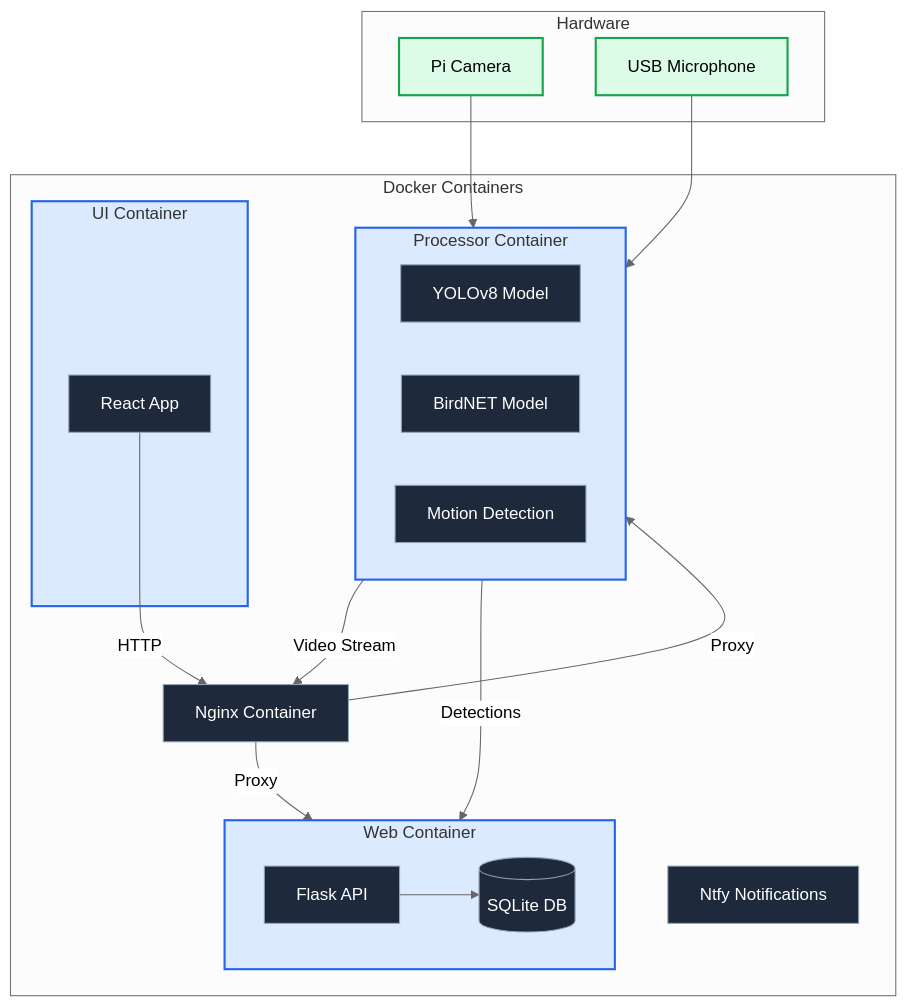
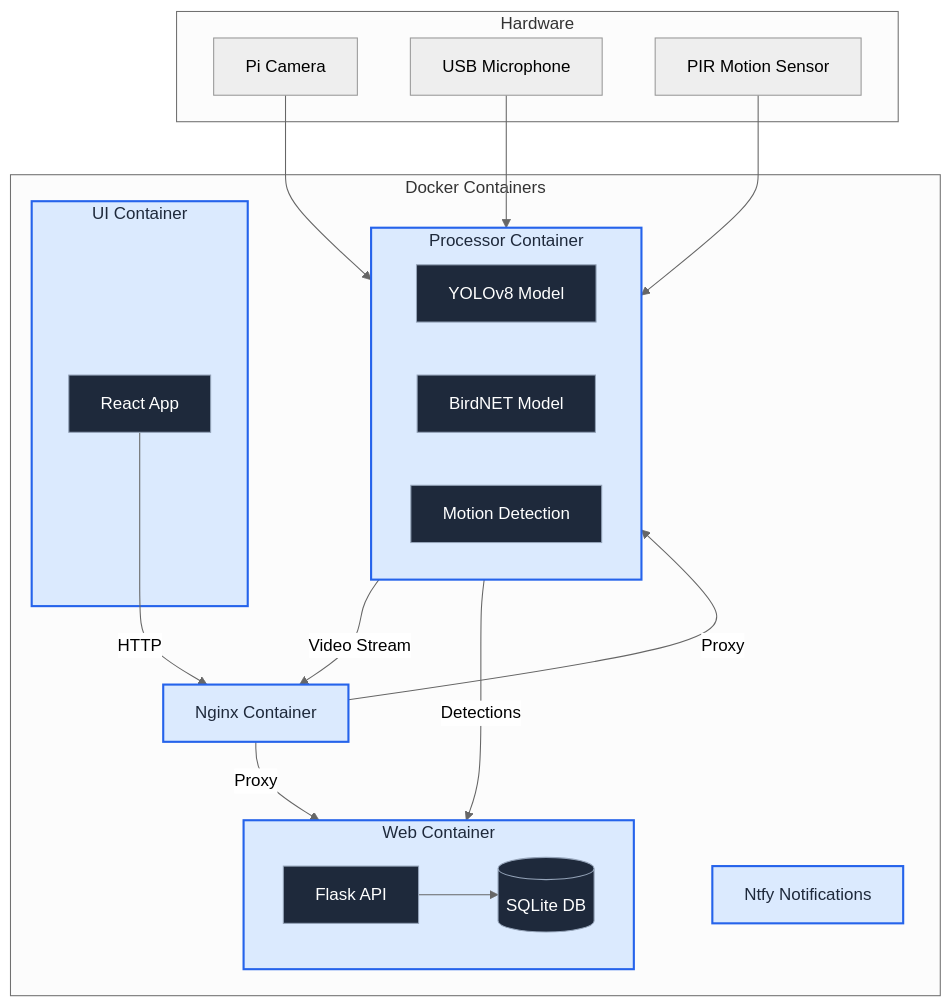
Before and after one commit to AleksandrRogachev94/BirdLense: the diagram in app/README.md, drawn with Mermaid (neutral theme). The commit also changed 1 other file, not shown here.

Commit message:
v1 installation script, not tested

````diff
--- a/app/README.md
+++ b/app/README.md
@@ -18,45 +18,47 @@
 ```mermaid
 flowchart TB
     subgraph Hardware
         CAM[Pi Camera]
         MIC[USB Microphone]
+        PIR[PIR Motion Sensor]
     end
 
     subgraph Docker Containers
         subgraph processor[Processor Container]
             YOLO[YOLOv8 Model]
             BIRDNET[BirdNET Model]
             MOTION[Motion Detection]
         end
 
         subgraph web[Web Container]
             API[Flask API]
             DB[(SQLite DB)]
         end
 
         subgraph ui[UI Container]
             REACT[React App]
         end
 
         NGINX[Nginx Container]
         NTFY[Ntfy Notifications]
     end
 
     CAM --> processor
     MIC --> processor
+    PIR --> processor
 
     processor -- Video Stream --> NGINX
     processor -- Detections --> web
 
     API --> DB
     REACT -- HTTP --> NGINX
     NGINX -- Proxy --> web
     NGINX -- Proxy --> processor
 
-    classDef container fill:#dbeafe,stroke:#2563eb,stroke-width:2px
+    classDef container fill:#dbeafe,stroke:#2563eb,stroke-width:2px,color:#1e293b
     classDef hardware fill:#dcfce7,stroke:#16a34a,stroke-width:2px
     classDef subComponent fill:#1e293b,stroke:#94a3b8,color:#ffffff
-    class processor,web,ui container
-    class CAM,MIC hardware
-    class YOLO,BIRDNET,MOTION,API,DB,REACT,NGINX,NTFY subComponent
+    class processor,web,ui,NGINX,NTFY container
+    class CAM,MIC,PIR hardware,subComponent
+    class YOLO,BIRDNET,MOTION,API,DB,REACT subComponent
 ```
````
